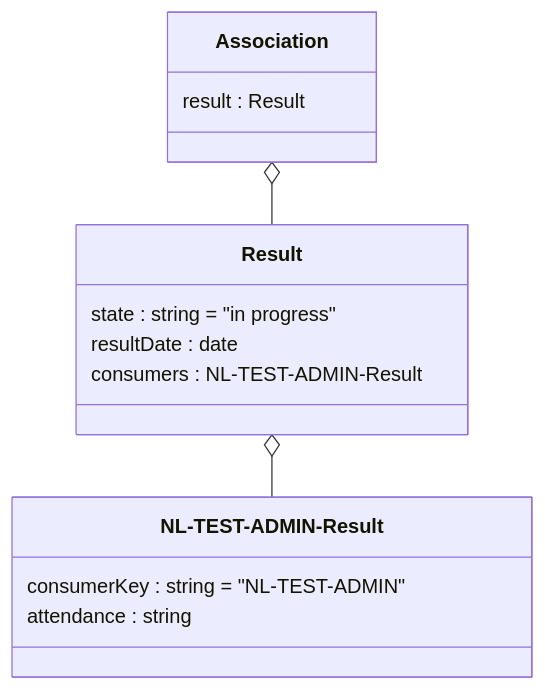
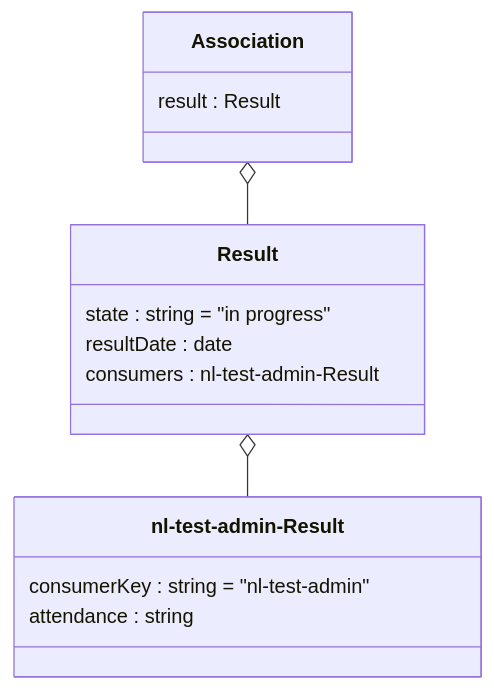
One commit to NetwerkExamineringDigitalisering/NED-OOAPI changed the fourth of 6 diagrams in doc/flow3.md. Above: the diagram before and after it, drawn with Mermaid. The commit also changed other lines of this file and 26 other files, not shown here.

````diff
--- a/doc/flow3.md
+++ b/doc/flow3.md
@@ -135,17 +135,17 @@
 ```mermaid
 classDiagram
     class Association {
 	result : Result
     }
     class Result {
     	state : string = "in progress"
       resultDate : date
-      consumers : NL-TEST-ADMIN-Result
+      consumers : nl-test-admin-Result
     }
-    class `NL-TEST-ADMIN-Result` {
-    	consumerKey : string = "NL-TEST-ADMIN"
+    class `nl-test-admin-Result` {
+    	consumerKey : string = "nl-test-admin"
       attendance : string
     }
     Association o-- Result
-    Result o-- `NL-TEST-ADMIN-Result`
+    Result o-- `nl-test-admin-Result`
 ```
````
